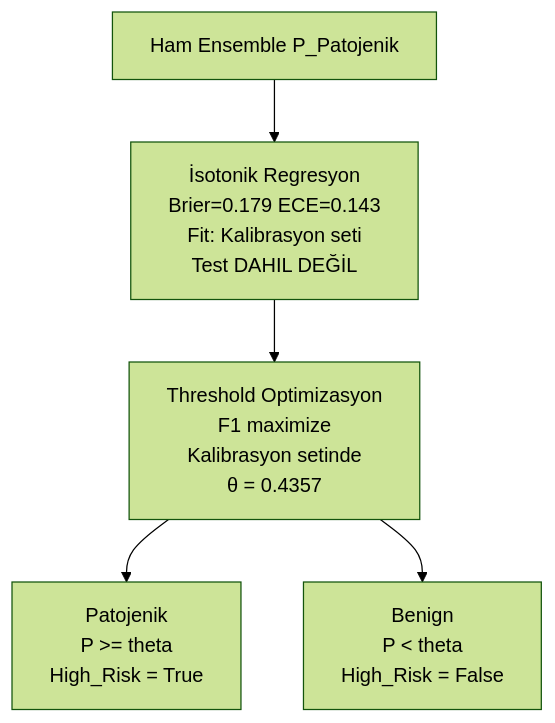
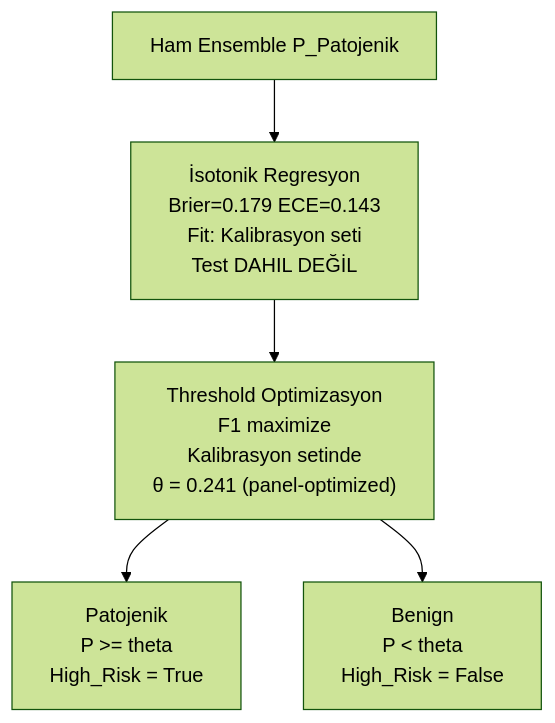
Diagram 14 of 16 in README.md (msgxr/VARIANT-GNN), drawn with Mermaid (forest theme) before and after one commit. The commit also changed other lines of this file and 3 other files, not shown here.

````diff
--- a/README.md
+++ b/README.md
@@ -713,12 +713,12 @@
 ```mermaid
 flowchart TD
     R["Ham Ensemble P_Patojenik"]
     ISO["İsotonik Regresyon\nBrier=0.179  ECE=0.143\nFit: Kalibrasyon seti\nTest DAHIL DEĞİL"]
-    TH["Threshold Optimizasyon\nF1 maximize\nKalibrasyon setinde\nθ = 0.4357"]
+    TH["Threshold Optimizasyon\nF1 maximize\nKalibrasyon setinde\nθ = 0.241 (panel-optimized)"]
     PAT["Patojenik\nP >= theta\nHigh_Risk = True"]
     BEN["Benign\nP < theta\nHigh_Risk = False"]
 
     R --> ISO --> TH
     TH --> PAT
     TH --> BEN
 ```
````
